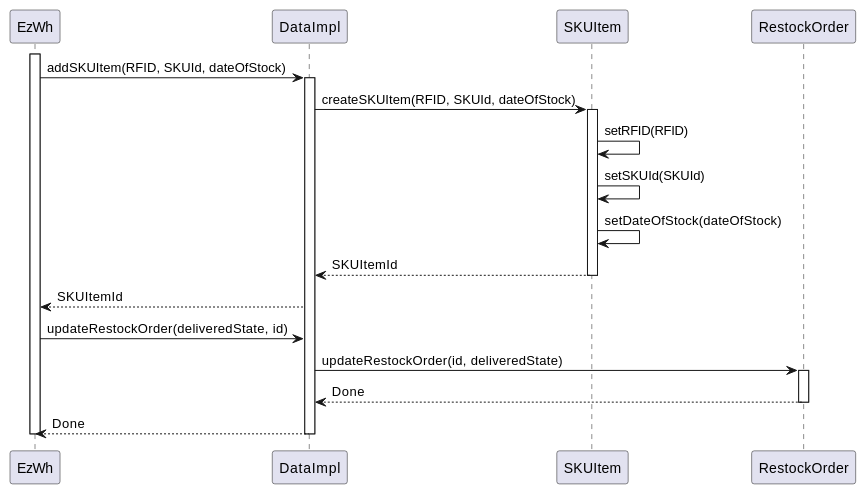
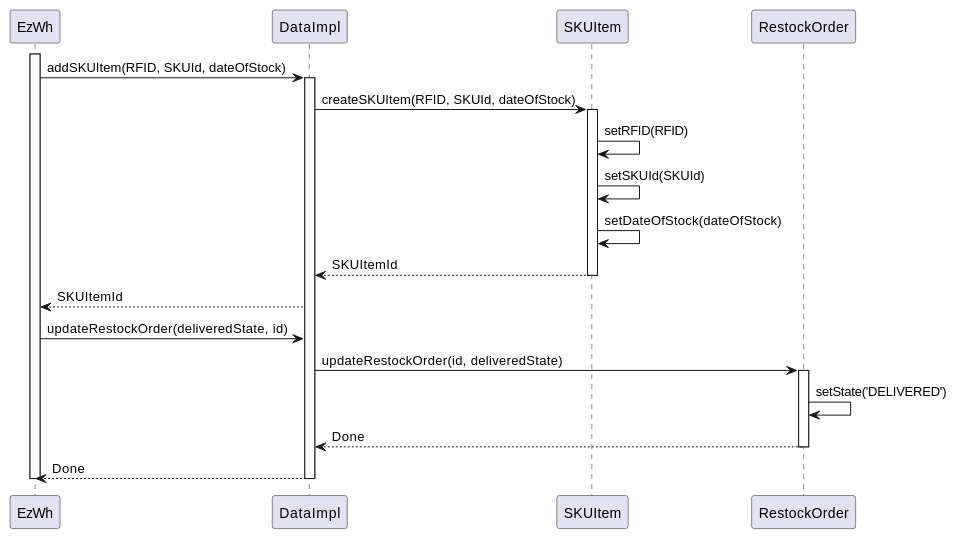
One commit to Guarecuco/EzWh changed the fifth of 7 diagrams in DesignDocument.md. Above: the diagram before and after it, drawn with PlantUML. The commit also changed other lines of this file, not shown here.

````diff
--- a/DesignDocument.md
+++ b/DesignDocument.md
@@ -459,23 +496,24 @@
 ```plantuml
 @startuml
 activate EzWh
 EzWh->DataImpl: addSKUItem(RFID, SKUId, dateOfStock)
 activate DataImpl
 DataImpl -> SKUItem: createSKUItem(RFID, SKUId, dateOfStock)
 activate SKUItem
 SKUItem-> SKUItem: setRFID(RFID)
 SKUItem-> SKUItem: setSKUId(SKUId)
 SKUItem -> SKUItem: setDateOfStock(dateOfStock)
 SKUItem--> DataImpl: SKUItemId
 deactivate SKUItem
 DataImpl --> EzWh: SKUItemId
 EzWh->DataImpl: updateRestockOrder(deliveredState, id)
 DataImpl -> RestockOrder: updateRestockOrder(id, deliveredState)
 activate RestockOrder
+RestockOrder -> RestockOrder: setState('DELIVERED')
 RestockOrder --> DataImpl: Done
 deactivate RestockOrder 
 DataImpl --> EzWh: Done
 deactivate DataImpl
 deactivate EzWh
 @enduml
 ```
````
